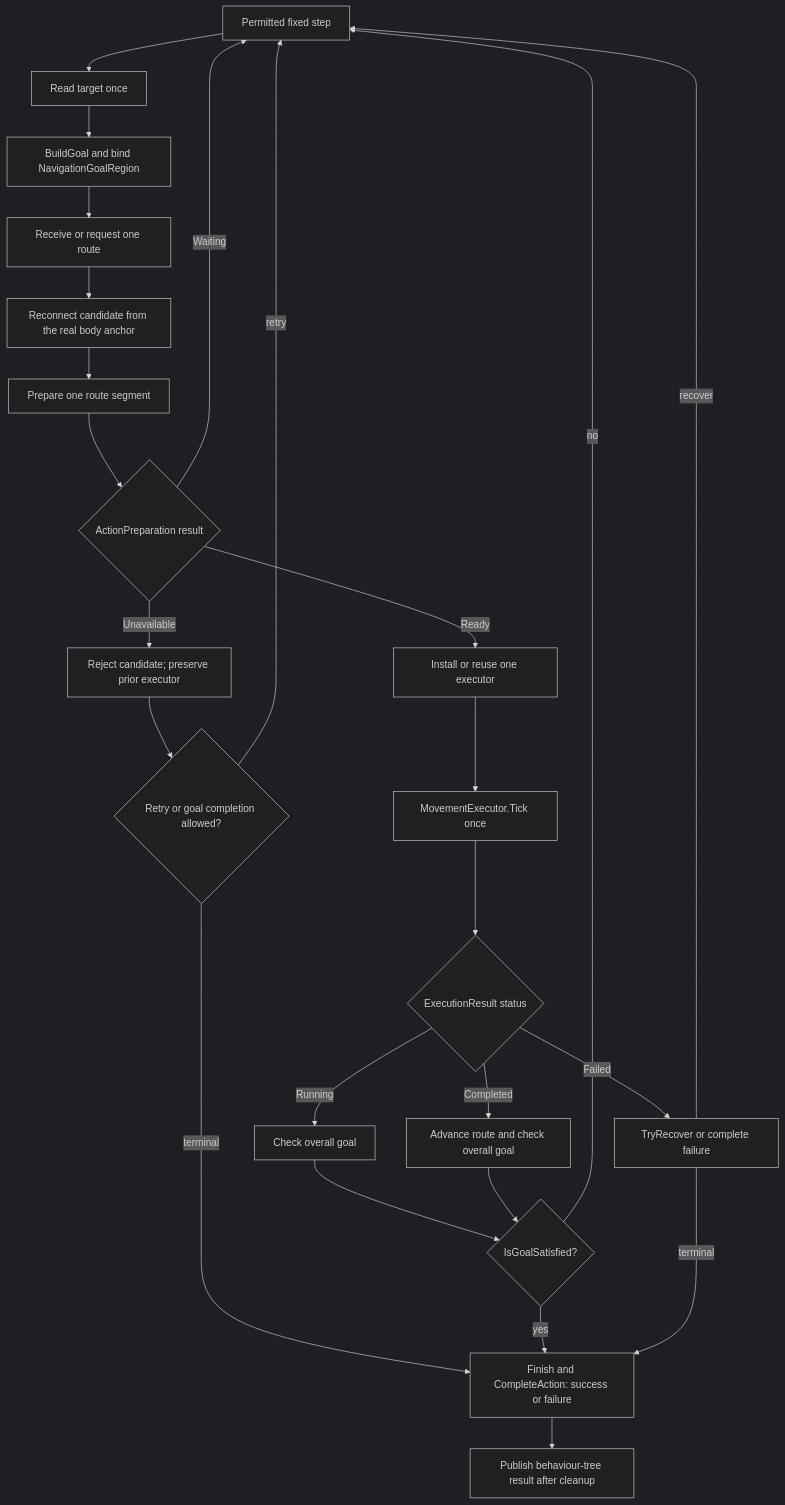
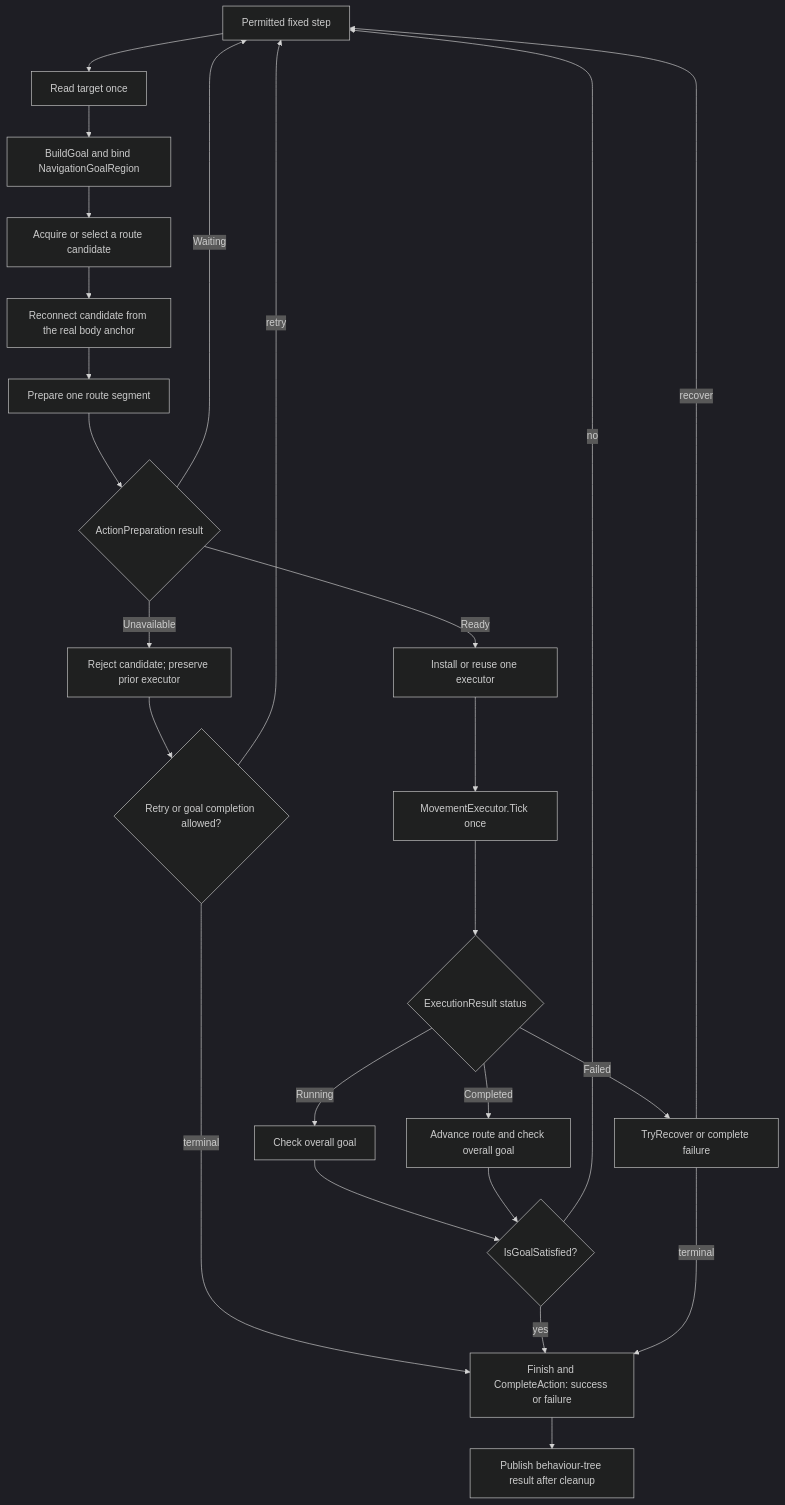
One commit to minerva-studio/aethiumian-ai changed the second of 2 diagrams in Documentation~/navigation-action-lifecycle.md. Above: the diagram before and after it, drawn with Mermaid (dark theme). The commit also changed other lines of this file and 14 other files, not shown here.

````diff
--- a/Documentation~/navigation-action-lifecycle.md
+++ b/Documentation~/navigation-action-lifecycle.md
@@ -31,27 +36,27 @@
 ```mermaid
 flowchart TD
     A[Permitted fixed step] --> B[Read target once]
     B --> C[BuildGoal and bind NavigationGoalRegion]
-    C --> D[Receive or request one route]
+    C --> D[Acquire or select a route candidate]
     D --> E[Reconnect candidate from the real body anchor]
     E --> F[Prepare one route segment]
     F --> G{ActionPreparation result}
     G -- Waiting --> A
     G -- Unavailable --> H[Reject candidate; preserve prior executor]
     H --> I{Retry or goal completion allowed?}
     I -- retry --> A
     I -- terminal --> N["Finish and CompleteAction: success or failure"]
     G -- Ready --> J[Install or reuse one executor]
     J --> K[MovementExecutor.Tick once]
     K --> L{ExecutionResult status}
     L -- Running --> M[Check overall goal]
     L -- Completed --> O[Advance route and check overall goal]
     M --> P{IsGoalSatisfied?}
     O --> P
     P -- no --> A
     P -- yes --> N
     L -- Failed --> Q[TryRecover or complete failure]
     Q -- recover --> A
     Q -- terminal --> N
     N --> R[Publish behaviour-tree result after cleanup]
 ```
````
